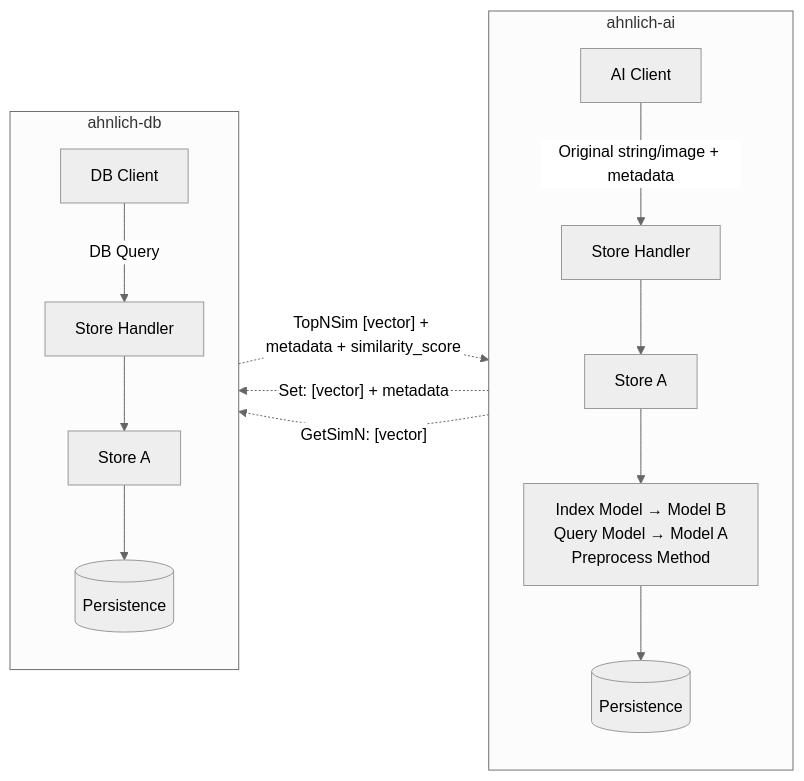
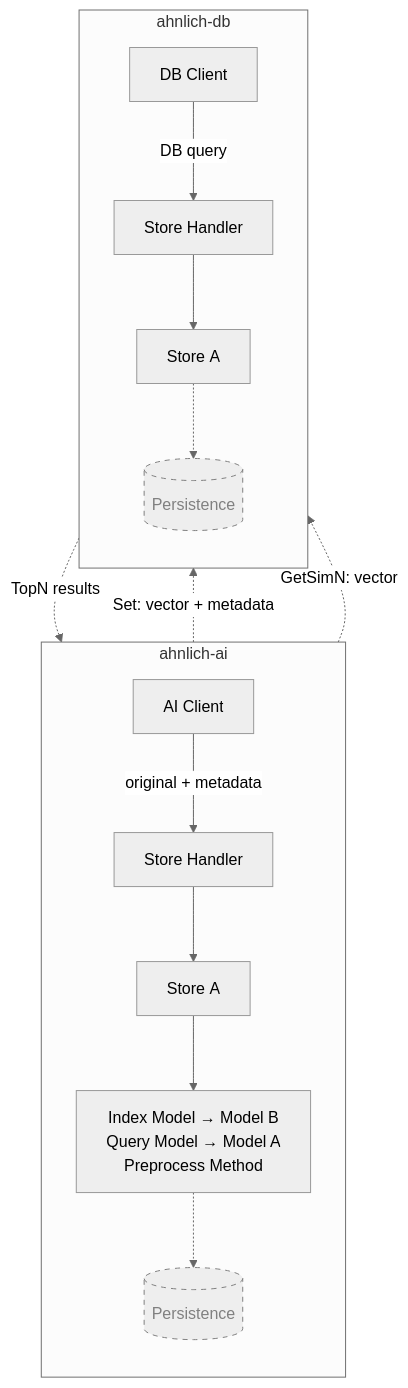
One commit to deven96/ahnlich changed the diagram in README.md. Above: the diagram before and after it, drawn with Mermaid (neutral theme).

Commit message:
Update mermaid diagram

````diff
--- a/README.md
+++ b/README.md
@@ -45,33 +45,38 @@
 ```mermaid
-flowchart LR
+flowchart TD
   subgraph ai [ahnlich‑ai]
     direction TB
     AIClient["AI Client"]
-    Store_Handler["Store Handler"]
-    StoreA_AI["Store A"]
+    StoreHandlerAI["Store Handler"]
+    StoreA_AI["Store A"]
     ModelNode["Index Model → Model B<br/>Query Model → Model A<br/>Preprocess Method"]
     PersistenceAI[(Persistence)]
     
-    AIClient --> |"Original string/image + metadata"| Store_Handler
-    Store_Handler --> StoreA_AI
+    AIClient --> |"original + metadata"| StoreHandlerAI
+    StoreHandlerAI --> StoreA_AI
     StoreA_AI --> ModelNode
-    ModelNode --> PersistenceAI
+    ModelNode -.-> PersistenceAI
+    class PersistenceAI optionalNode
   end
 
   subgraph db [ahnlich‑db]
     direction TB
-    StoreHandler["Store Handler"]
-    StoreA_DB["Store A"]
+    DBClient["DB Client"]
+    StoreHandlerDB["Store Handler"]
+    StoreA_DB["Store A"]
     PersistenceDB[(Persistence)]
-    DBClient["DB Client"]
     
-    DBClient --> |"DB Query"| StoreHandler
-    StoreHandler --> StoreA_DB
-    StoreA_DB --> PersistenceDB
+    DBClient --> |"DB query"| StoreHandlerDB
+    StoreHandlerDB --> StoreA_DB
+    StoreA_DB -.-> PersistenceDB
+    class PersistenceDB optionalNode
   end
 
-  %% Inter-service flow
-  ModelNode -.-> |"Set: [vector] + metadata"| StoreHandler
-  ModelNode -.-> |"GetSimN: [vector]"| StoreHandler
-  StoreHandler -.-> |"TopNSim [vector] + metadata + similarity_score"| ModelNode
+  %% Interactions between services
+  StoreHandlerAI -.-> |"Set: vector + metadata"| StoreHandlerDB
+  StoreHandlerAI -.-> |"GetSimN: vector"| StoreHandlerDB
+  StoreHandlerDB -.-> |"TopN results"| StoreHandlerAI
+
+  classDef optionalNode stroke-dasharray: 5 5, color: gray, stroke: gray;
+  class PersistenceAI,PersistenceDB optionalNode
 ```
````
